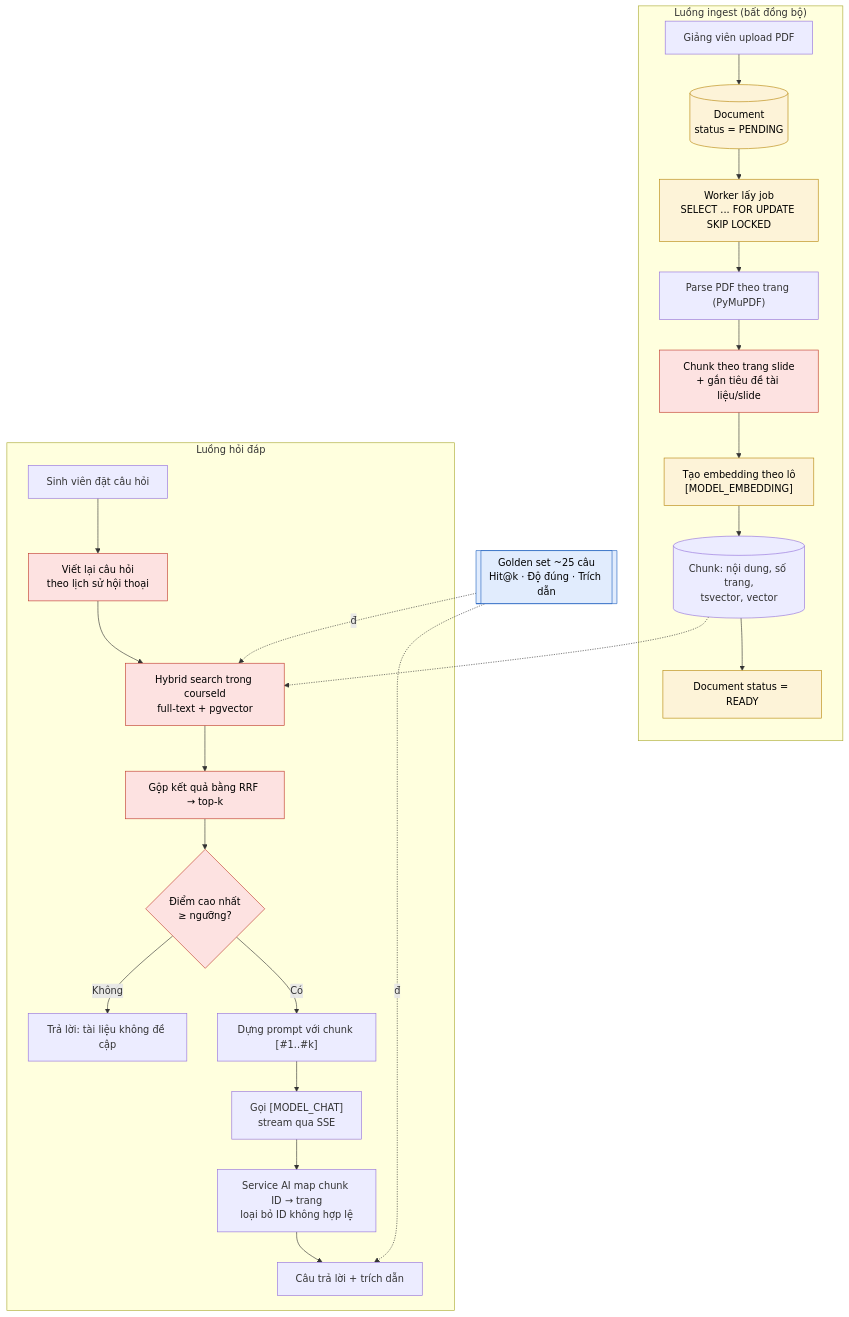
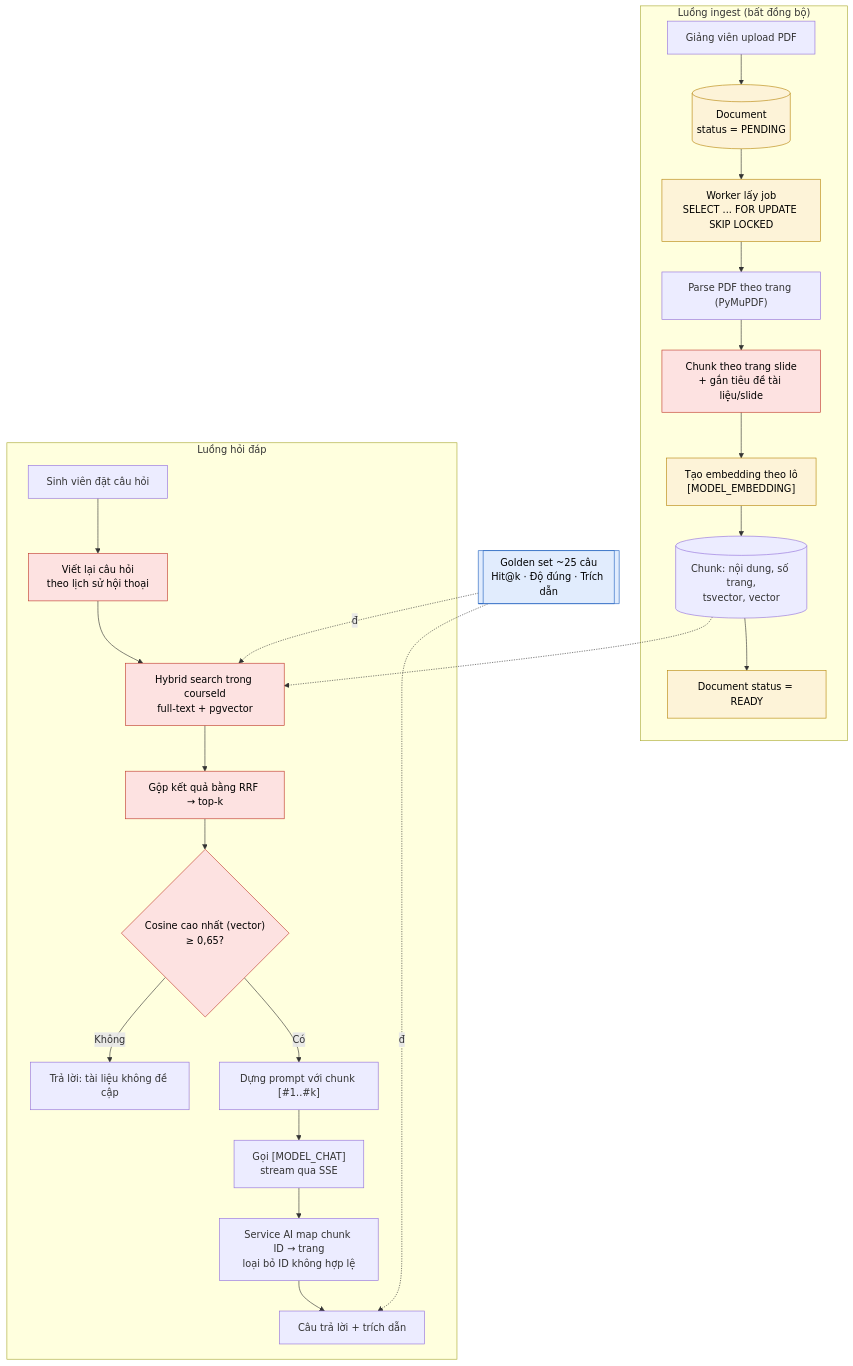
The diagram in docs/06-thach-thuc-va-huong-phat-trien.md (ducmanhcsuit/StudyMate), drawn with Mermaid before and after one commit. The commit also changed 4 other files, not shown here.

````diff
--- a/docs/06-thach-thuc-va-huong-phat-trien.md
+++ b/docs/06-thach-thuc-va-huong-phat-trien.md
@@ -9,35 +9,35 @@
 ```mermaid
 flowchart TD
     subgraph Ingest["Luồng ingest (bất đồng bộ)"]
         U[Giảng viên upload PDF] --> D[(Document<br/>status = PENDING)]
         D --> W["Worker lấy job<br/>SELECT ... FOR UPDATE SKIP LOCKED"]
         W --> P["Parse PDF theo trang (PyMuPDF)"]
         P --> C["Chunk theo trang slide<br/>+ gắn tiêu đề tài liệu/slide"]
         C --> E["Tạo embedding theo lô<br/>[MODEL_EMBEDDING]"]
         E --> S[("Chunk: nội dung, số trang,<br/>tsvector, vector")]
         S --> R1[Document status = READY]
     end
 
     subgraph Query["Luồng hỏi đáp"]
         Q[Sinh viên đặt câu hỏi] --> RW["Viết lại câu hỏi<br/>theo lịch sử hội thoại"]
         RW --> HS["Hybrid search trong courseId<br/>full-text + pgvector"]
         HS --> RRF[Gộp kết quả bằng RRF → top-k]
-        RRF --> TH{"Điểm cao nhất<br/>≥ ngưỡng?"}
+        RRF --> TH{"Cosine cao nhất (vector)<br/>≥ 0,65?"}
         TH -- Không --> NF["Trả lời: tài liệu không đề cập"]
         TH -- Có --> PR["Dựng prompt với chunk [#1..#k]"]
         PR --> LLM["Gọi [MODEL_CHAT]<br/>stream qua SSE"]
         LLM --> MAP["Service AI map chunk ID → trang<br/>loại bỏ ID không hợp lệ"]
         MAP --> A[Câu trả lời + trích dẫn]
     end
 
     S -.-> HS
     GS[["Golden set ~25 câu<br/>Hit@k · Độ đúng · Trích dẫn"]] -.đo.-> HS
     GS -.đo.-> A
 
     classDef n1 fill:#fde2e1,stroke:#c0392b,color:#000
     classDef n2 fill:#e1ecfd,stroke:#2463c0,color:#000
     classDef n3 fill:#fdf3d8,stroke:#b7860b,color:#000
     class C,RW,HS,RRF,TH n1
     class GS n2
     class D,W,E,R1 n3
 ```
````
